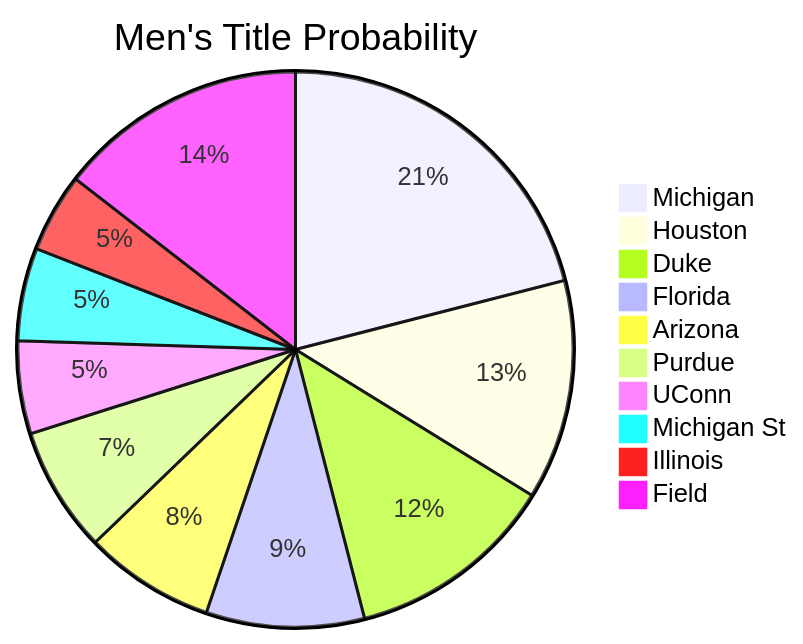
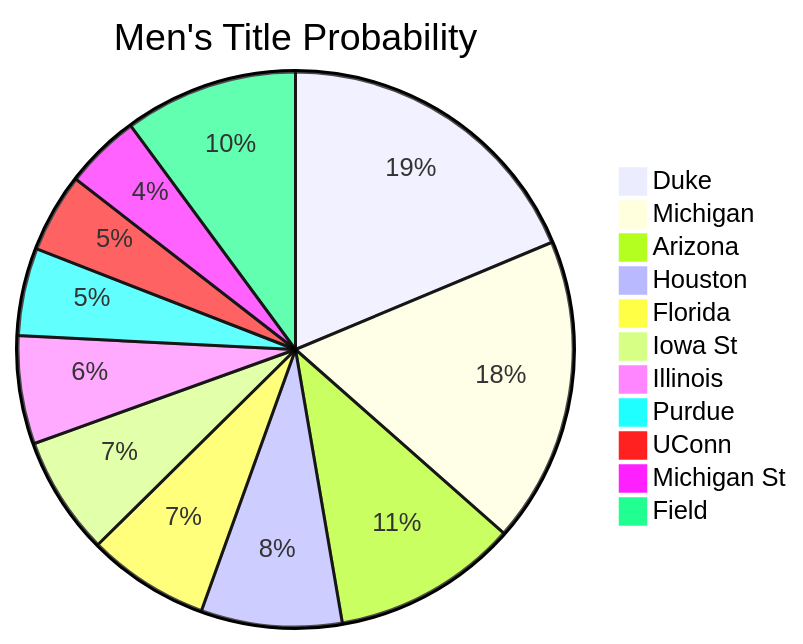
The first of 4 diagrams in README.md (Princeu3/march-madness-2026-predictions), drawn with Mermaid before and after one commit. The commit also changed other lines of this file and 1 other file, not shown here.

````diff
--- a/README.md
+++ b/README.md
@@ -13,13 +13,14 @@
 ```mermaid
 pie title Men's Title Probability
-    "Michigan" : 21.0
-    "Houston" : 12.8
-    "Duke" : 12.2
-    "Florida" : 9.2
-    "Arizona" : 7.6
-    "Purdue" : 7.3
-    "UConn" : 5.4
-    "Michigan St" : 5.4
-    "Illinois" : 4.6
-    "Field" : 14.5
+    "Duke" : 18.7
+    "Michigan" : 17.8
+    "Arizona" : 10.8
+    "Houston" : 8.2
+    "Florida" : 7.1
+    "Iowa St" : 6.9
+    "Illinois" : 6.3
+    "Purdue" : 5.1
+    "UConn" : 4.6
+    "Michigan St" : 4.4
+    "Field" : 10.1
 ```
````
